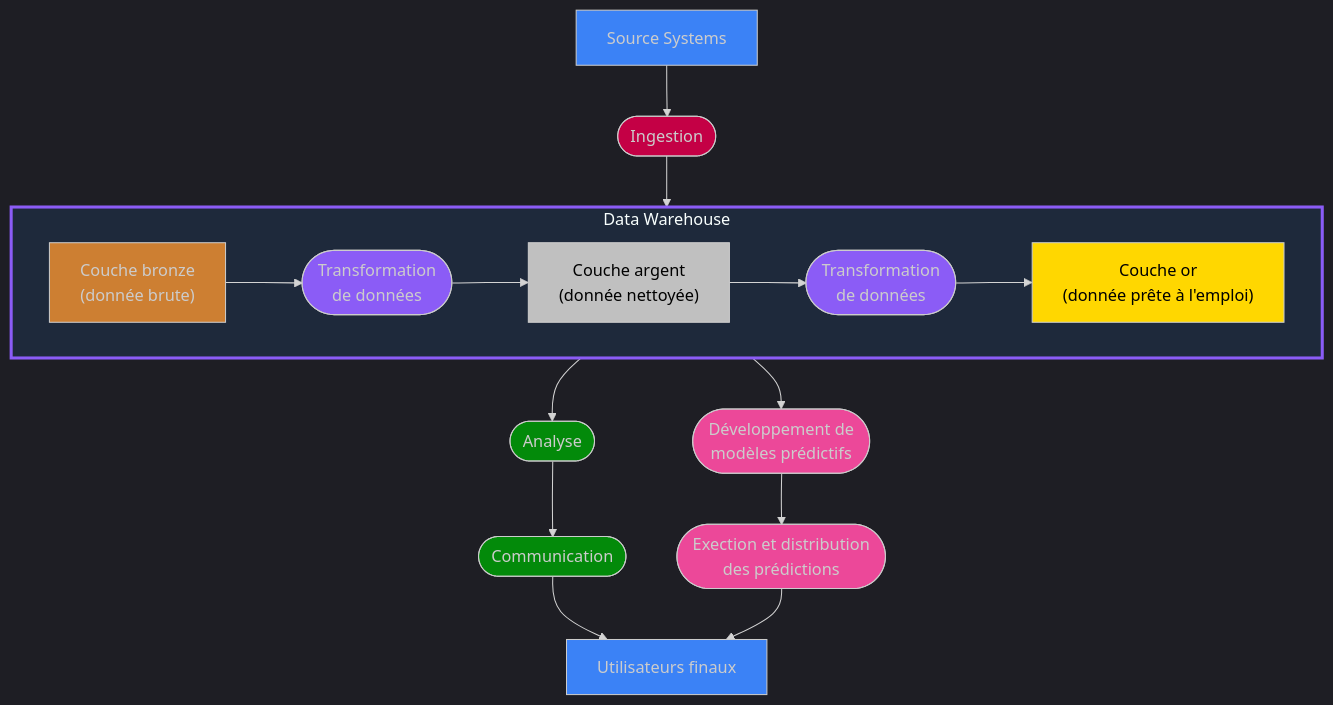
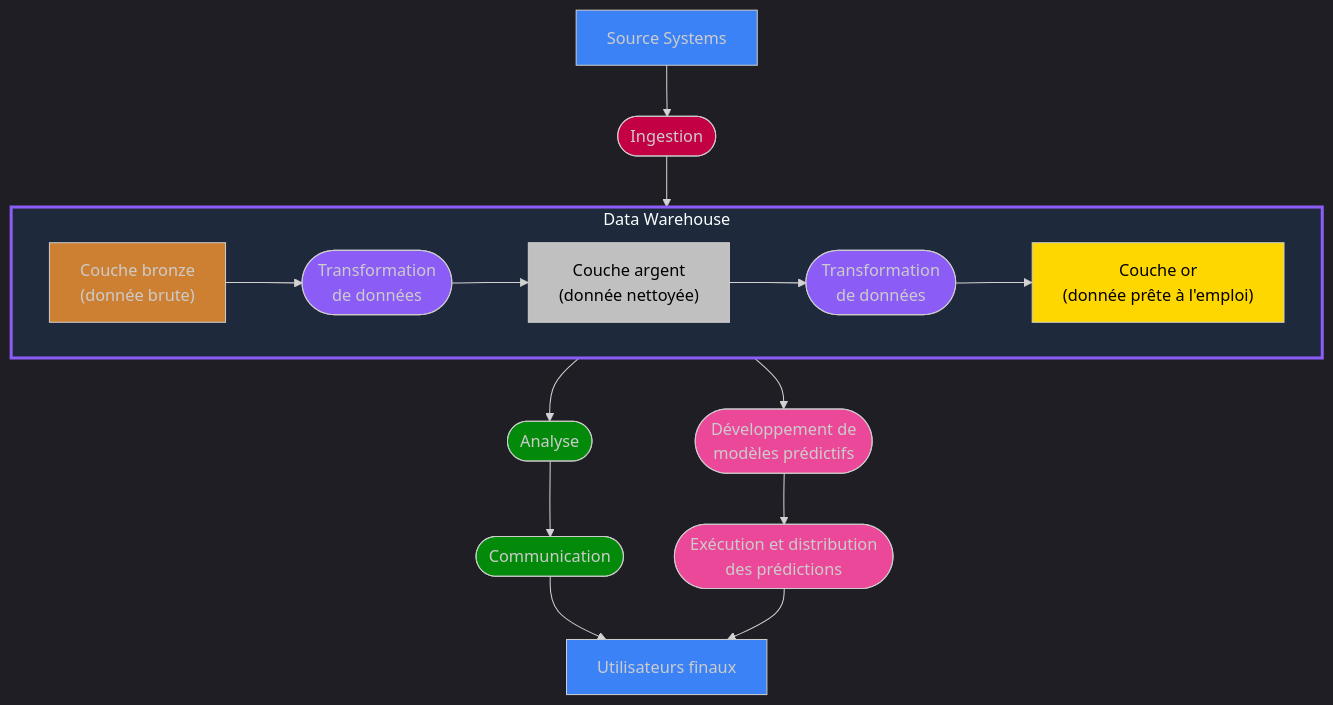
The diagram in the-data-pipeline/src/content/pages/fr/data-pipeline.mdx (Konilo/the-data-pipeline), drawn with Mermaid before and after one commit. The commit also changed other lines of this file and 12 other files, not shown here.

````diff
--- a/the-data-pipeline/src/content/pages/fr/data-pipeline.mdx
+++ b/the-data-pipeline/src/content/pages/fr/data-pipeline.mdx
@@ -15,41 +15,41 @@
 ```mermaid
 ---
 config:
   layout: dagre
   theme: dark
 ---
 flowchart TB
  subgraph DWH["Data Warehouse"]
     direction LR
         Bronze["Couche bronze<br>(donnée brute)"]
         TP1(["Transformation<br>de données"])
         Silver["Couche argent<br>(donnée nettoyée)"]
         TP2(["Transformation<br> de données"])
         Gold["Couche or<br>(donnée prête à l'emploi)"]
   end
     Sources["Source Systems"] --> IC(["Ingestion"])
     IC --> Bronze
     Bronze --> TP1
     TP1 --> Silver
     Silver --> TP2
     TP2 --> Gold
     Gold --> AP(["Analyse"]) & DSP(["Développement de<br/>modèles prédictifs"])
     AP --> AC(["Communication"])
     AC --> Users["Utilisateurs finaux"]
-    DSP --> DSC(["Exection et distribution<br>des prédictions"])
+    DSP --> DSC(["Exécution et distribution<br>des prédictions"])
     DSC --> Users
 
     style Bronze fill:#cd7f32,color:none
     style TP1 fill:#8b5cf6,color:none
     style Silver fill:#c0c0c0,color:#000000
     style TP2 fill:#8b5cf6,color:none
     style Gold fill:#ffd700,color:#000
     style Sources fill:#3b82f6,color:none
     style IC fill:#c40045,color:none
     style AP fill:#038a0a,color:none
     style DSP fill:#ec4899,color:none
     style AC fill:#038a0a,color:none
     style Users fill:#3b82f6,color:none
     style DSC fill:#ec4899,color:none
     style DWH fill:#1e293b,stroke:#8b5cf6,stroke-width:3px
 ```
````
